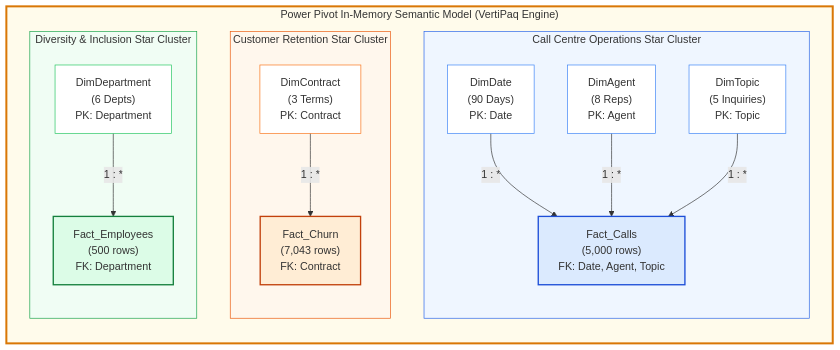
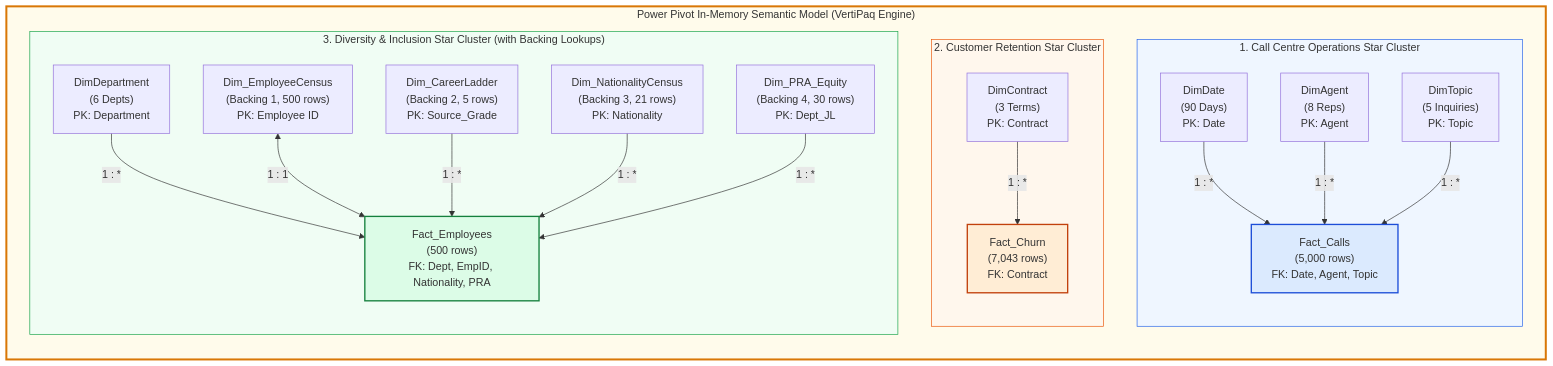
Before and after one commit to Sohila-Khaled-Abbas/COURSE-EXCEL-ZERO-TO-HERO: the second of 2 diagrams in 06_Projects/Call Center Performance Analysis/Project Overview.md, drawn with Mermaid. The commit also changed other lines of this file and 5 other files, not shown here.

````diff
--- a/06_Projects/Call Center Performance Analysis/Project Overview.md
+++ b/06_Projects/Call Center Performance Analysis/Project Overview.md
@@ -78,49 +79,52 @@
 ```mermaid
 flowchart TD
     subgraph VertiPaq ["Power Pivot In-Memory Semantic Model (VertiPaq Engine)"]
         direction TB
         
-        subgraph Cluster1 ["Call Centre Operations Star Cluster"]
+        subgraph Cluster1 ["1. Call Centre Operations Star Cluster"]
             direction TB
             DimDate["DimDate\n(90 Days)\nPK: Date"]
             DimAgent["DimAgent\n(8 Reps)\nPK: Agent"]
             DimTopic["DimTopic\n(5 Inquiries)\nPK: Topic"]
             Fact_Calls["Fact_Calls\n(5,000 rows)\nFK: Date, Agent, Topic"]
             
             DimDate -->|1 : *| Fact_Calls
             DimAgent -->|1 : *| Fact_Calls
             DimTopic -->|1 : *| Fact_Calls
         end
 
-        subgraph Cluster2 ["Customer Retention Star Cluster"]
+        subgraph Cluster2 ["2. Customer Retention Star Cluster"]
             direction TB
             DimContract["DimContract\n(3 Terms)\nPK: Contract"]
             Fact_Churn["Fact_Churn\n(7,043 rows)\nFK: Contract"]
             
             DimContract -->|1 : *| Fact_Churn
         end
 
-        subgraph Cluster3 ["Diversity & Inclusion Star Cluster"]
+        subgraph Cluster3 ["3. Diversity & Inclusion Star Cluster (with Backing Lookups)"]
             direction TB
             DimDepartment["DimDepartment\n(6 Depts)\nPK: Department"]
-            Fact_Employees["Fact_Employees\n(500 rows)\nFK: Department"]
+            Dim_EmployeeCensus["Dim_EmployeeCensus\n(Backing 1, 500 rows)\nPK: Employee ID"]
+            Dim_CareerLadder["Dim_CareerLadder\n(Backing 2, 5 rows)\nPK: Source_Grade"]
+            Dim_NationalityCensus["Dim_NationalityCensus\n(Backing 3, 21 rows)\nPK: Nationality"]
+            Dim_PRA_Equity["Dim_PRA_Equity\n(Backing 4, 30 rows)\nPK: Dept_JL"]
+            
+            Fact_Employees["Fact_Employees\n(500 rows)\nFK: Dept, EmpID, Nationality, PRA"]
             
             DimDepartment -->|1 : *| Fact_Employees
+            Dim_EmployeeCensus <-->|1 : 1| Fact_Employees
+            Dim_CareerLadder -->|1 : *| Fact_Employees
+            Dim_NationalityCensus -->|1 : *| Fact_Employees
+            Dim_PRA_Equity -->|1 : *| Fact_Employees
         end
     end
 
     style VertiPaq fill:#fffbeb,stroke:#d97706,stroke-width:3px
     style Cluster1 fill:#eff6ff,stroke:#2563eb,stroke-width:1px
     style Cluster2 fill:#fff7ed,stroke:#ea580c,stroke-width:1px
     style Cluster3 fill:#f0fdf4,stroke:#16a34a,stroke-width:1px
     
     style Fact_Calls fill:#dbeafe,stroke:#1d4ed8,stroke-width:2px
     style Fact_Churn fill:#ffedd5,stroke:#c2410c,stroke-width:2px
     style Fact_Employees fill:#dcfce7,stroke:#15803d,stroke-width:2px
-    
-    style DimDate fill:#ffffff,stroke:#3b82f6,stroke-width:1px
-    style DimAgent fill:#ffffff,stroke:#3b82f6,stroke-width:1px
-    style DimTopic fill:#ffffff,stroke:#3b82f6,stroke-width:1px
-    style DimContract fill:#ffffff,stroke:#f97316,stroke-width:1px
-    style DimDepartment fill:#ffffff,stroke:#22c55e,stroke-width:1px
 ```
````
